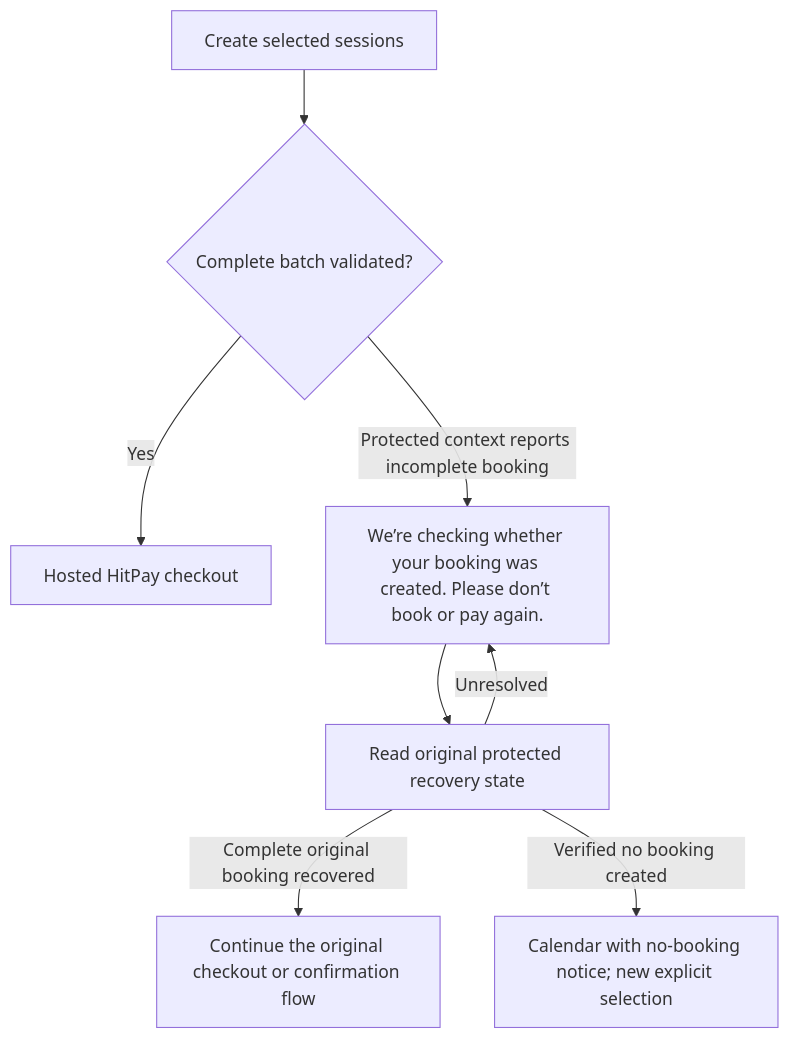
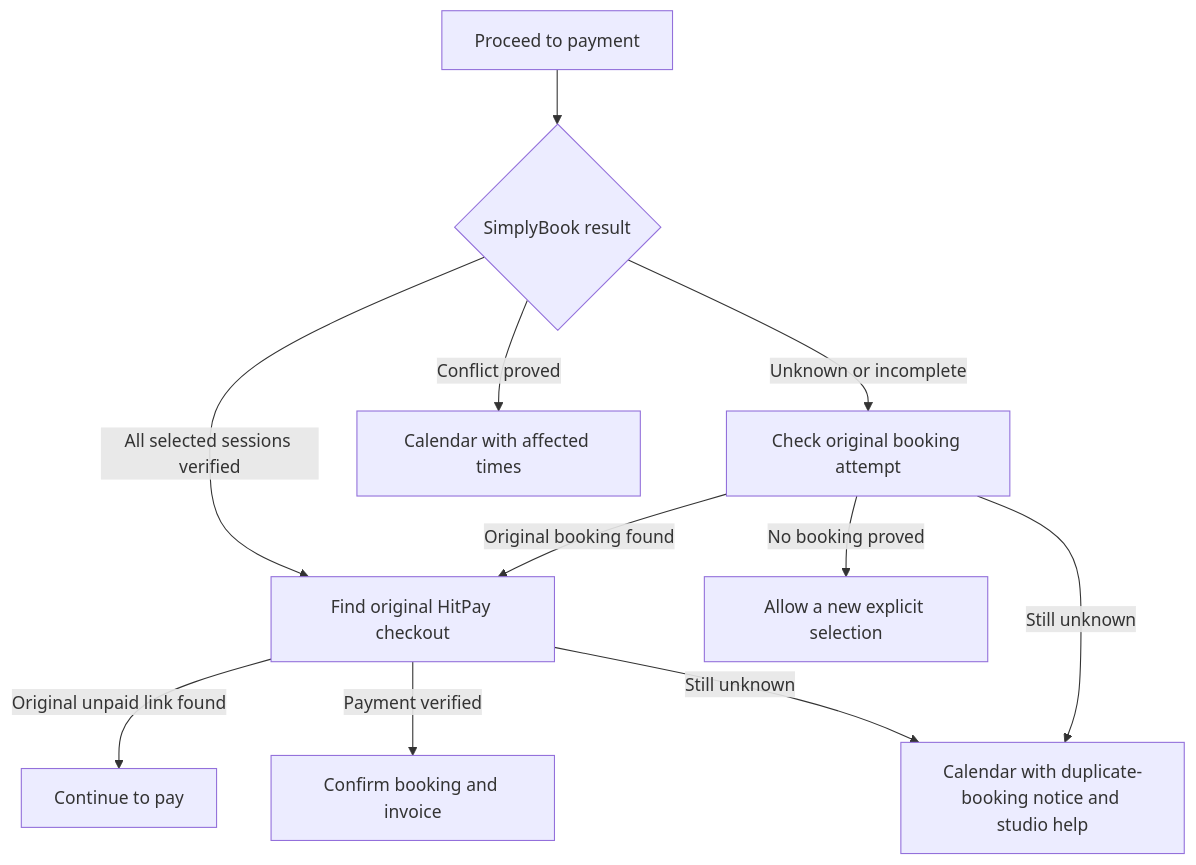
Before and after one commit to soccerbotstudiosg/soccerbotstudioSG: the diagram in docs/booking-flows.md, drawn with Mermaid. The commit also changed other lines of this file and 39 other files, not shown here.

Commit message:
Protect payment evidence through expiry and reconcile booking documentation

````diff
--- a/docs/booking-flows.md
+++ b/docs/booking-flows.md
@@ -161,10 +20,13 @@
 ```mermaid
 flowchart TD
-  A["Create selected sessions"] --> B{"Complete batch validated?"}
-  B -->|Yes| C["Hosted HitPay checkout"]
-  B -->|Protected context reports incomplete booking| D["We’re checking whether your booking was created. Please don’t book or pay again."]
-  D --> E["Read original protected recovery state"]
-  E -->|Unresolved| D
-  E -->|Complete original booking recovered| F["Continue the original checkout or confirmation flow"]
-  E -->|Verified no booking created| G["Calendar with no-booking notice; new explicit selection"]
+  A["Proceed to payment"] --> B{"SimplyBook result"}
+  B -->|All selected sessions verified| C["Find original HitPay checkout"]
+  B -->|Conflict proved| D["Calendar with affected times"]
+  B -->|Unknown or incomplete| E["Check original booking attempt"]
+  E -->|Original booking found| C
+  E -->|No booking proved| F["Allow a new explicit selection"]
+  E -->|Still unknown| G["Calendar with duplicate-booking notice and studio help"]
+  C -->|Original unpaid link found| H["Continue to pay"]
+  C -->|Payment verified| I["Confirm booking and invoice"]
+  C -->|Still unknown| G
 ```
````
